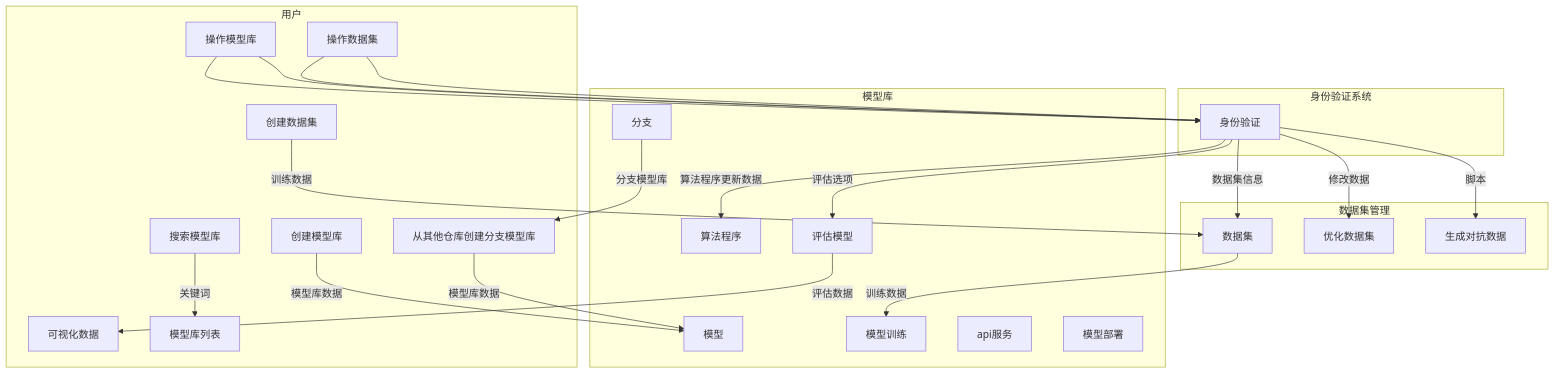
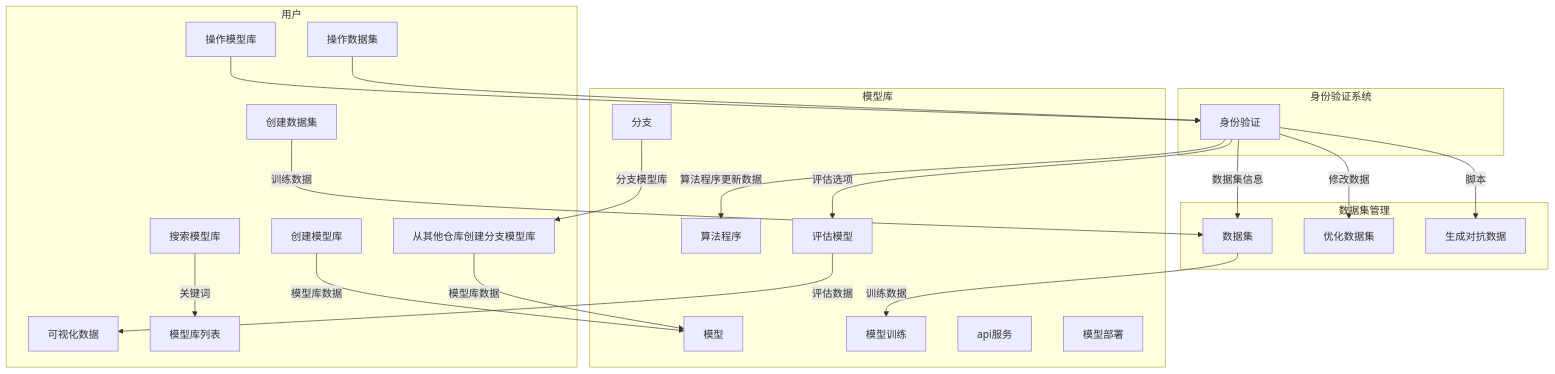
Before and after one commit to Clear-Love/Note: the diagram in 软件工程/综合报告.md, drawn with Mermaid.

Commit message:
vault backup: 2023-06-04 18:20:26

````diff
--- a/软件工程/综合报告.md
+++ b/软件工程/综合报告.md
@@ -1,50 +1,48 @@
 ```mermaid
 graph TD
 subgraph 用户
     A[创建模型库]
     B[搜索模型库]
     C[从其他仓库创建分支模型库]
     D[创建数据集]
     E[可视化数据]
     F[操作模型库]
     G[操作数据集]
     U[模型库列表]
 end
 
 subgraph 模型库
 	H[模型]
 	I[算法程序]
 	J[评估模型]
 	K[模型训练]
 	L[api服务]
 	M[模型部署]
 	T[分支]
 end
 
 subgraph 身份验证系统
 	S[身份验证]
 end
 
 subgraph 数据集管理
 	P[数据集]
 	Q[优化数据集]
 	R[生成对抗数据]
 end
 
 A -->|模型库数据|H
 B -->|关键词|U
 T -->|分支模型库|C
 C -->|模型库数据|H
 D -->|训练数据|P
 F --> S
 S -->|算法程序更新数据|I
 S -->|评估选项|J
 J -->|评估数据|E
-F --> S
 S -->|数据集信息|P
 P -->|训练数据|K
-G -->S
+G --> S
 S --> |修改数据|Q
-G --> S
 S --> |脚本|R
 ```
````
